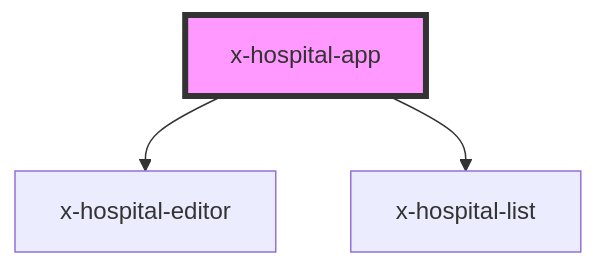
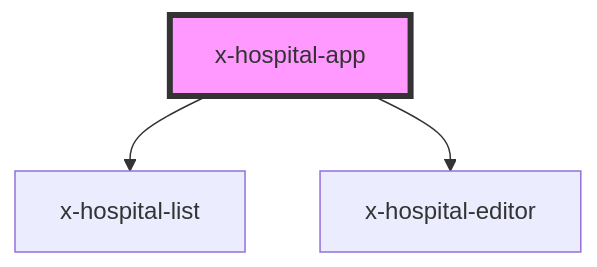
One commit to Serbel97/ambulance-xfe changed the diagram in src/components/x-hospital-app/readme.md. Above: the diagram before and after it, drawn with Mermaid. The commit also changed other lines of this file and 1 other file, not shown here.

````diff
--- a/src/components/x-hospital-app/readme.md
+++ b/src/components/x-hospital-app/readme.md
@@ -25,6 +25,6 @@
 ```mermaid
 graph TD;
+  x-hospital-app --> x-hospital-list
   x-hospital-app --> x-hospital-editor
-  x-hospital-app --> x-hospital-list
   style x-hospital-app fill:#f9f,stroke:#333,stroke-width:4px
 ```
````
